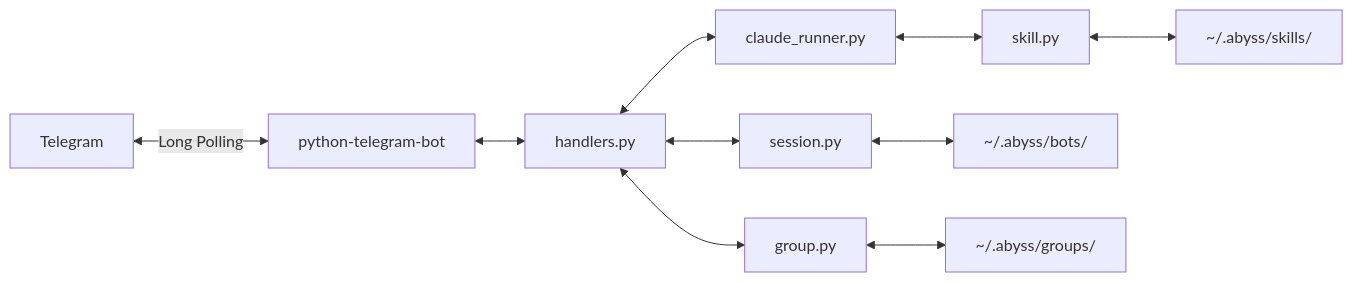
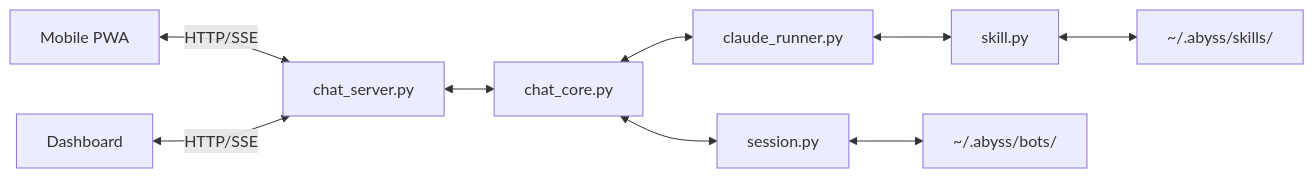
The first of 9 diagrams in docs/ARCHITECTURE.md (heg-wtf/abyss), drawn with Mermaid before and after one commit. The commit also changed other lines of this file and 4 other files, not shown here.

````diff
--- a/docs/ARCHITECTURE.md
+++ b/docs/ARCHITECTURE.md
@@ -15,12 +15,11 @@
 ```mermaid
 graph LR
-    TG[Telegram] <-->|Long Polling| PTB[python-telegram-bot]
-    PTB <--> H[handlers.py]
-    H <--> CR[claude_runner.py]
-    H <--> S[session.py]
-    H <--> G[group.py]
+    PWA[Mobile PWA] <-->|HTTP/SSE| CS[chat_server.py]
+    DASH[Dashboard] <-->|HTTP/SSE| CS
+    CS <--> CC[chat_core.py]
+    CC <--> CR[claude_runner.py]
+    CC <--> S[session.py]
     CR <--> SK[skill.py]
     S <--> BOTS[~/.abyss/bots/]
     SK <--> SKILLS[~/.abyss/skills/]
-    G <--> GROUPS[~/.abyss/groups/]
 ```
````
